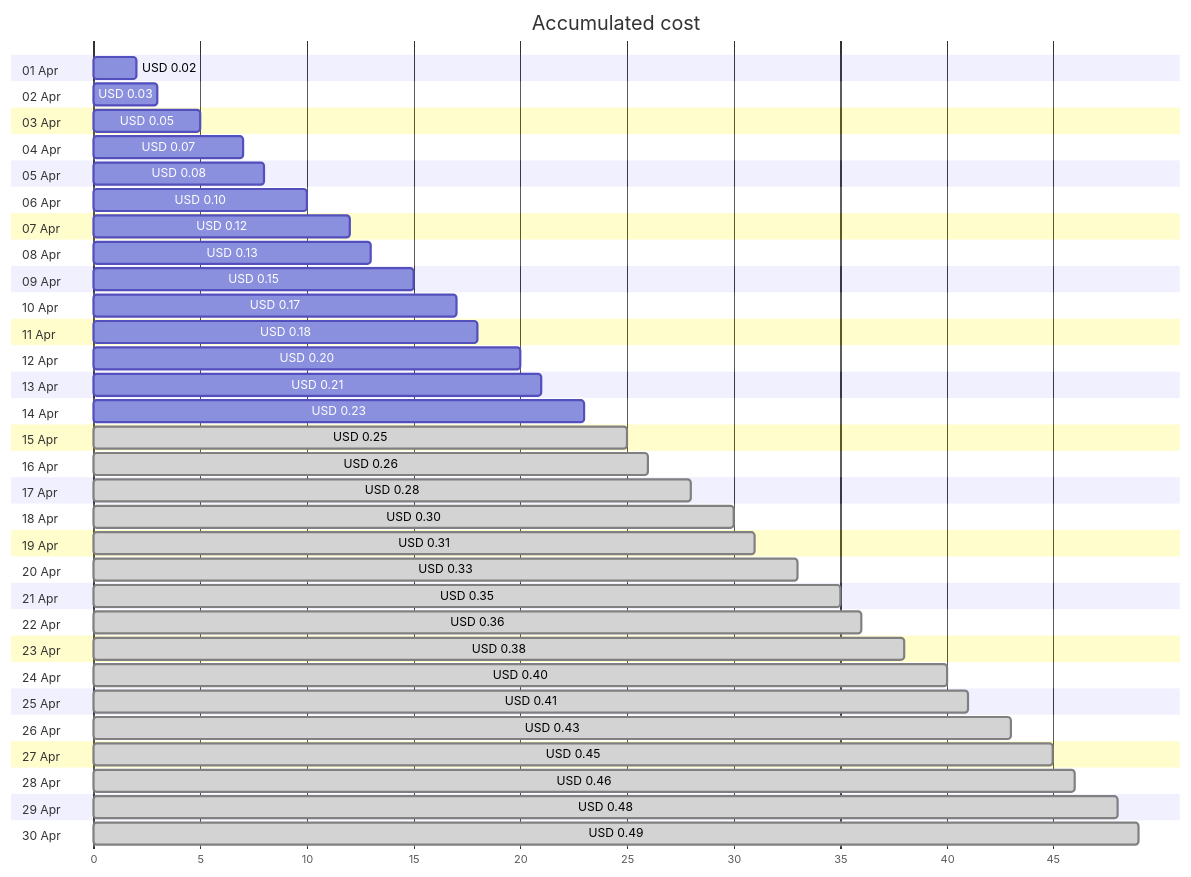
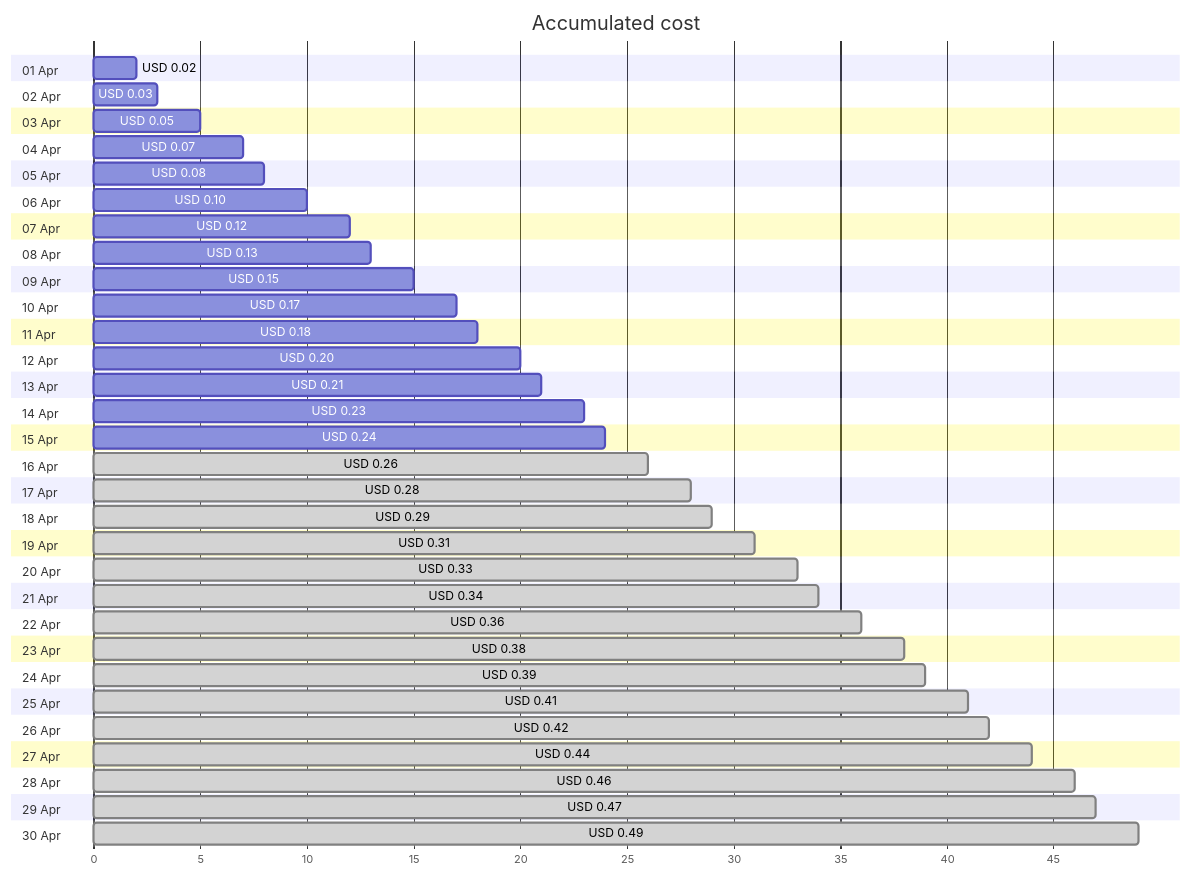
The first of 4 diagrams in cost-reports/personal-dns/jpatrickfulton.dev.md (jpfulton/azure-personal-reports), drawn with Mermaid before and after one commit. The commit also changed other lines of this file and 2 other files, not shown here.

````diff
--- a/cost-reports/personal-dns/jpatrickfulton.dev.md
+++ b/cost-reports/personal-dns/jpatrickfulton.dev.md
@@ -20,66 +20,66 @@
 ```mermaid
 gantt
    title Accumulated cost
    dateFormat  X
    axisFormat %s
    section 01 Apr
    USD 0.02 :0, 2
    section 02 Apr
    USD 0.03 :0, 3
    section 03 Apr
    USD 0.05 :0, 5
    section 04 Apr
    USD 0.07 :0, 7
    section 05 Apr
    USD 0.08 :0, 8
    section 06 Apr
    USD 0.10 :0, 10
    section 07 Apr
    USD 0.12 :0, 12
    section 08 Apr
    USD 0.13 :0, 13
    section 09 Apr
    USD 0.15 :0, 15
    section 10 Apr
    USD 0.17 :0, 17
    section 11 Apr
    USD 0.18 :0, 18
    section 12 Apr
    USD 0.20 :0, 20
    section 13 Apr
    USD 0.21 :0, 21
    section 14 Apr
    USD 0.23 :0, 23
    section 15 Apr
-   USD 0.25 : done, 0, 25
+   USD 0.24 :0, 24
    section 16 Apr
    USD 0.26 : done, 0, 26
    section 17 Apr
    USD 0.28 : done, 0, 28
    section 18 Apr
-   USD 0.30 : done, 0, 30
+   USD 0.29 : done, 0, 29
    section 19 Apr
    USD 0.31 : done, 0, 31
    section 20 Apr
    USD 0.33 : done, 0, 33
    section 21 Apr
-   USD 0.35 : done, 0, 35
+   USD 0.34 : done, 0, 34
    section 22 Apr
    USD 0.36 : done, 0, 36
    section 23 Apr
    USD 0.38 : done, 0, 38
    section 24 Apr
-   USD 0.40 : done, 0, 40
+   USD 0.39 : done, 0, 39
    section 25 Apr
    USD 0.41 : done, 0, 41
    section 26 Apr
-   USD 0.43 : done, 0, 43
+   USD 0.42 : done, 0, 42
    section 27 Apr
-   USD 0.45 : done, 0, 45
+   USD 0.44 : done, 0, 44
    section 28 Apr
    USD 0.46 : done, 0, 46
    section 29 Apr
-   USD 0.48 : done, 0, 48
+   USD 0.47 : done, 0, 47
    section 30 Apr
    USD 0.49 : done, 0, 49
 ```
````
